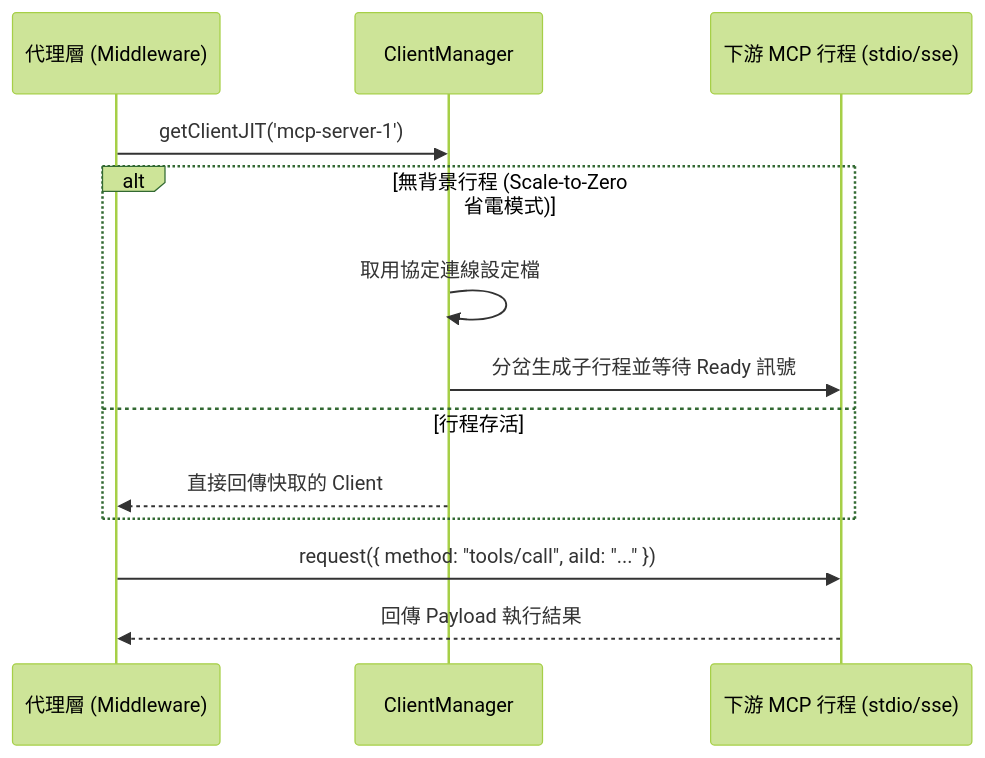
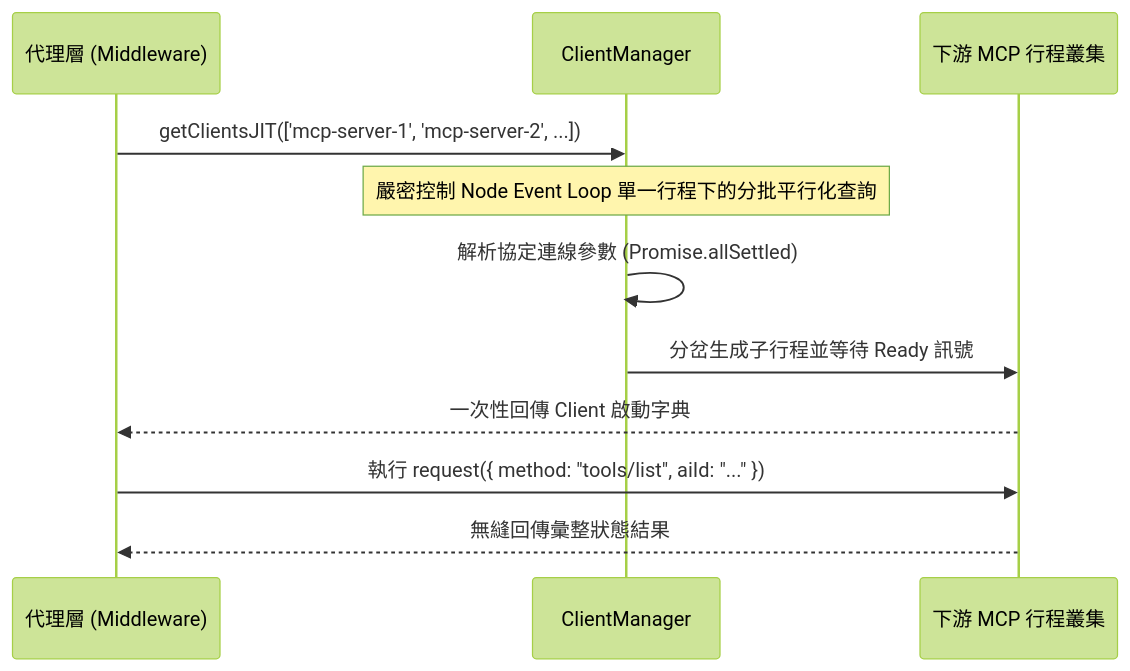
One commit to Cyber-Sec-Space/aag-core changed the sixth of 10 diagrams in ARCHITECTURE.md. Above: the diagram before and after it, drawn with Mermaid (forest theme). The commit also changed other lines of this file and 1 other file, not shown here.

Commit message:
docs: update architecture flow charts and README to reflect v3 O(1) concurrent dispatch and LRU bounds

````diff
--- a/ARCHITECTURE.md
+++ b/ARCHITECTURE.md
@@ -175,16 +173,14 @@
 ```mermaid
 sequenceDiagram
     participant Proxy as 代理層 (Middleware)
     participant CM as ClientManager
-    participant Subprocess as 下游 MCP 行程 (stdio/sse)
+    participant Subprocess as 下游 MCP 行程叢集
     
-    Proxy->>CM: getClientJIT('mcp-server-1')
-    alt 無背景行程 (Scale-to-Zero 省電模式)
-        CM->>CM: 取用協定連線設定檔
-        CM->>Subprocess: 分岔生成子行程並等待 Ready 訊號
-    else 行程存活
-        CM-->>Proxy: 直接回傳快取的 Client
-    end
-    Proxy->>Subprocess: request({ method: "tools/call", aiId: "..." })
-    Subprocess-->>Proxy: 回傳 Payload 執行結果
+    Proxy->>CM: getClientsJIT(['mcp-server-1', 'mcp-server-2', ...])
+    Note over CM: 嚴密控制 Node Event Loop 單一行程下的分批平行化查詢
+    CM->>CM: 解析協定連線參數 (Promise.allSettled)
+    CM->>Subprocess: 分岔生成子行程並等待 Ready 訊號
+    Subprocess-->>Proxy: 一次性回傳 Client 啟動字典
+    Proxy->>Subprocess: 執行 request({ method: "tools/list", aiId: "..." })
+    Subprocess-->>Proxy: 無縫回傳彙整狀態結果
 ```
````
